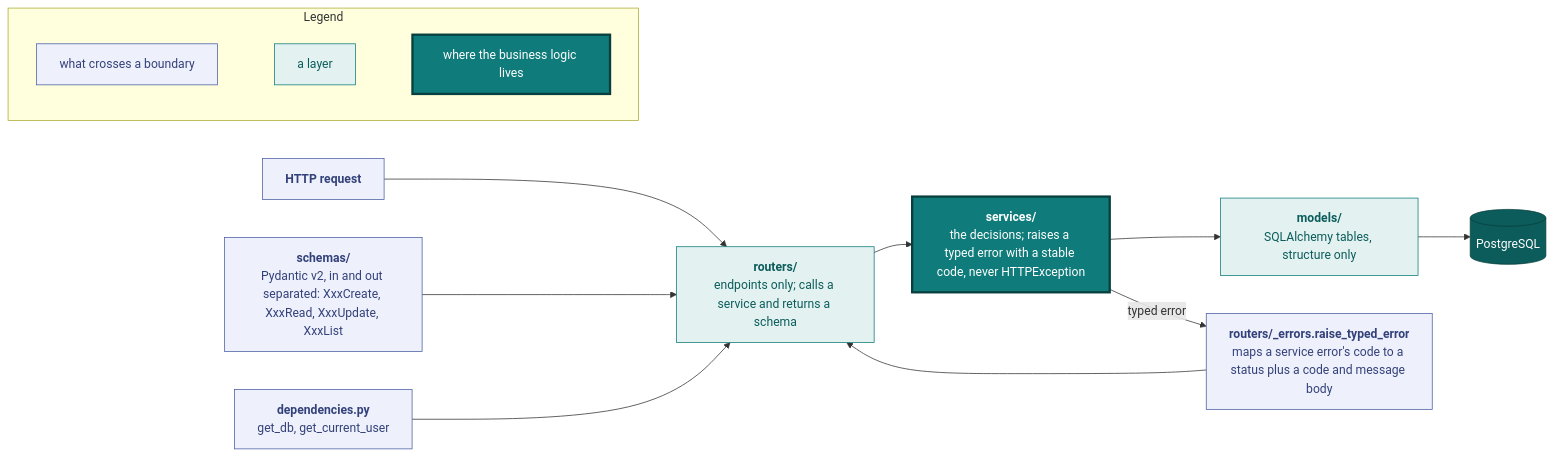
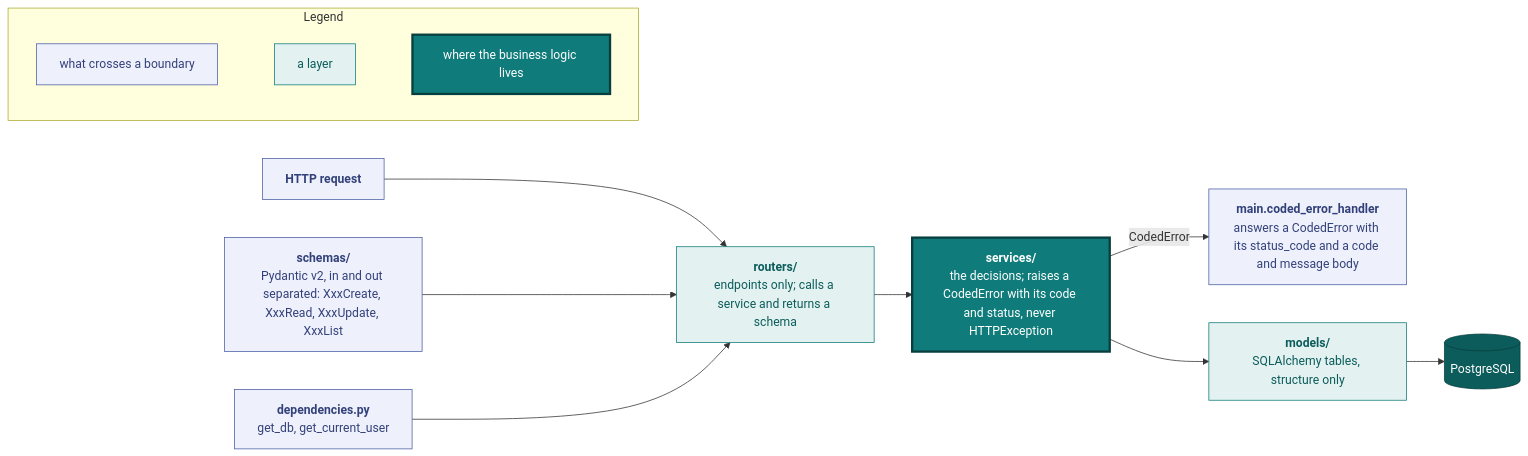
The third of 6 diagrams in docs/engineering.md (vidithq/vidit), drawn with Mermaid before and after one commit. The commit also changed other lines of this file and 261 other files, not shown here.

````diff
--- a/docs/engineering.md
+++ b/docs/engineering.md
@@ -370,35 +371,35 @@
 ```mermaid
 flowchart LR
   classDef spec fill:#eef1fb,stroke:#4a5fa5,color:#33417a
   classDef shared fill:#e3f2f1,stroke:#0f7b7a,color:#0b5c5b
   classDef core fill:#0f7b7a,stroke:#083f3e,stroke-width:3px,color:#ffffff
   classDef store fill:#0b5c5b,stroke:#083f3e,color:#ffffff
 
   subgraph legend [Legend]
     direction LR
     l1["`what crosses a boundary`"]:::spec
     l2["`a layer`"]:::shared
     l3["`where the business logic lives`"]:::core
     l1 ~~~ l2 ~~~ l3
   end
 
   req["`**HTTP request**`"]:::spec
   router["`**routers/**
   endpoints only; calls a service and returns a schema`"]:::shared
-  errors["`**routers/_errors.raise_typed_error**
-  maps a service error's code to a status plus a code and message body`"]:::spec
+  errors["`**main.coded_error_handler**
+  answers a CodedError with its status_code and a code and message body`"]:::spec
   service["`**services/**
-  the decisions; raises a typed error with a stable code, never HTTPException`"]:::core
+  the decisions; raises a CodedError with its code and status, never HTTPException`"]:::core
   model["`**models/**
   SQLAlchemy tables, structure only`"]:::shared
   schema["`**schemas/**
   Pydantic v2, in and out separated: XxxCreate, XxxRead, XxxUpdate, XxxList`"]:::spec
   dep["`**dependencies.py**
   get_db, get_current_user`"]:::spec
   db[("`PostgreSQL`")]:::store
 
   req --> router --> service --> model --> db
   schema --> router
   dep --> router
-  service -- "typed error" --> errors --> router
+  service -- "CodedError" --> errors
 ```
````
